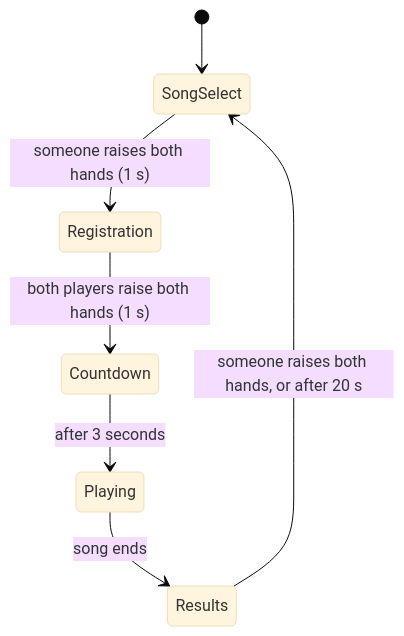
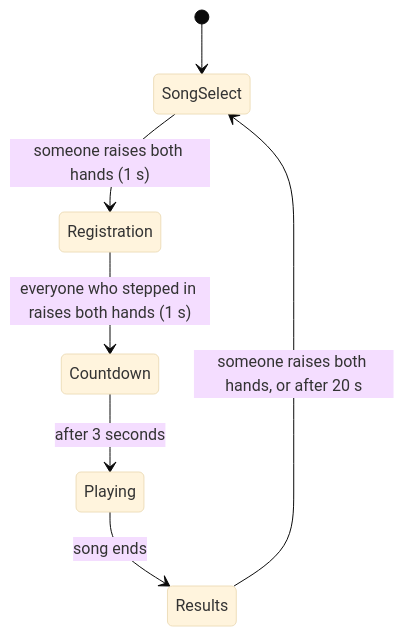
The diagram in docs/game_structure.md (BonusBolus/IPCV---Just-Dance---Group-38), drawn with Mermaid (base theme) before and after one commit. The commit also changed other lines of this file and 14 other files, not shown here.

````diff
--- a/docs/game_structure.md
+++ b/docs/game_structure.md
@@ -18,9 +18,9 @@
 ```mermaid
 stateDiagram-v2
     [*] --> SongSelect
     SongSelect --> Registration: someone raises both hands (1 s)
-    Registration --> Countdown: both players raise both hands (1 s)
+    Registration --> Countdown: everyone who stepped in raises both hands (1 s)
     Countdown --> Playing: after 3 seconds
     Playing --> Results: song ends
     Results --> SongSelect: someone raises both hands, or after 20 s
 ```
````
